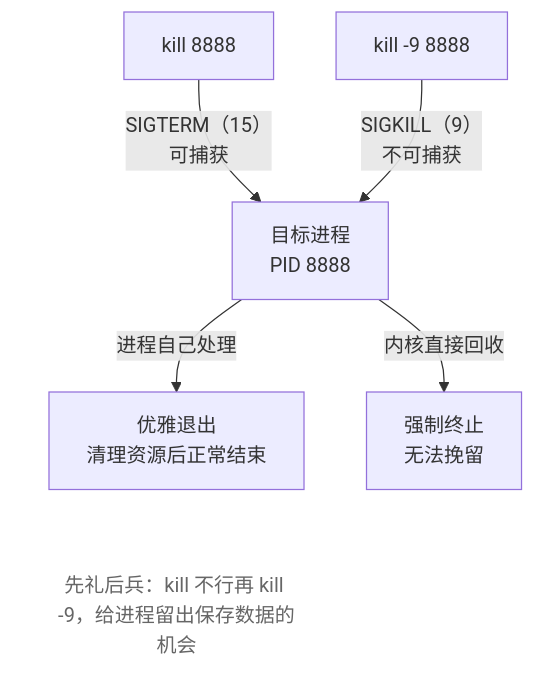
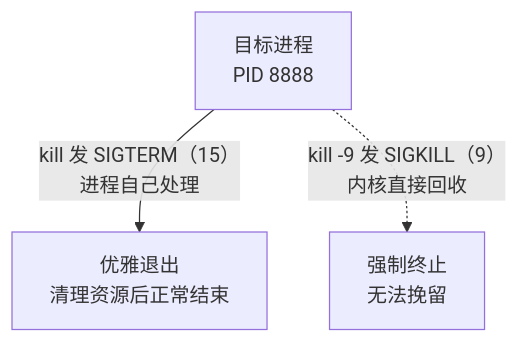
The third of 3 diagrams in src/linux-command/ch07.md (wangxiangnan/wangxiangnan.github.io), drawn with Mermaid before and after one commit. The commit also changed other lines of this file and 15 other files, not shown here.

````diff
--- a/src/linux-command/ch07.md
+++ b/src/linux-command/ch07.md
@@ -432,13 +429,8 @@
 ```mermaid
 flowchart TB
-    A["kill 8888"] -->|"SIGTERM（15）<br>可捕获"| C["目标进程<br>PID 8888"]
-    B["kill -9 8888"] -->|"SIGKILL（9）<br>不可捕获"| C
-    C -->|进程自己处理| D["优雅退出<br>清理资源后正常结束"]
-    C -->|内核直接回收| E["强制终止<br>无法挽留"]
-    N["先礼后兵：kill 不行再 kill -9，给进程留出保存数据的机会"]
-
-    D ~~~ N
-
-    classDef note fill:none,stroke:none,color:#666
-    class N note
+    P["目标进程<br>PID 8888"]
+    D["优雅退出<br>清理资源后正常结束"]
+    K["强制终止<br>无法挽留"]
+    P -->|"kill 发 SIGTERM（15）<br>进程自己处理"| D
+    P -.->|"kill -9 发 SIGKILL（9）<br>内核直接回收"| K
 ```
````
